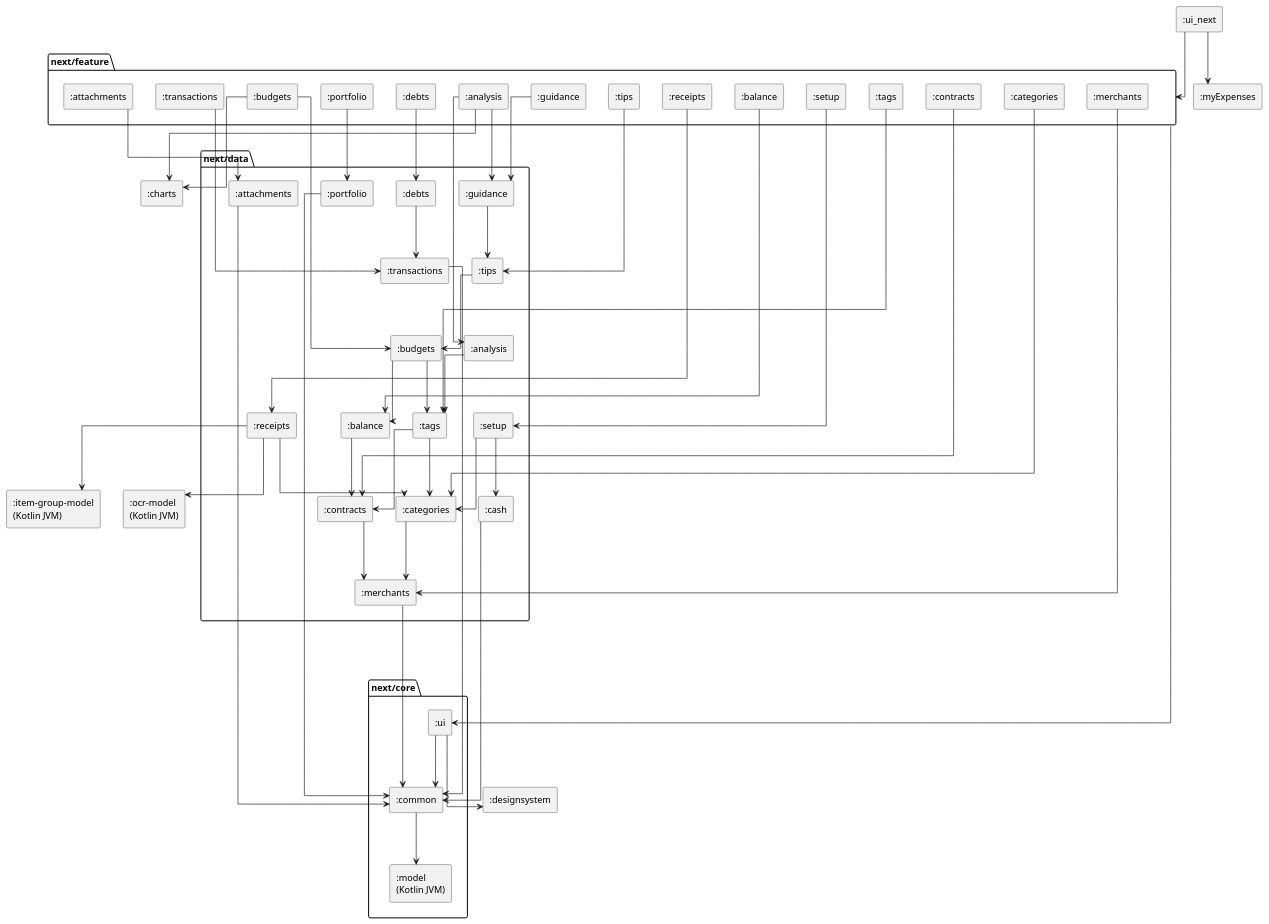
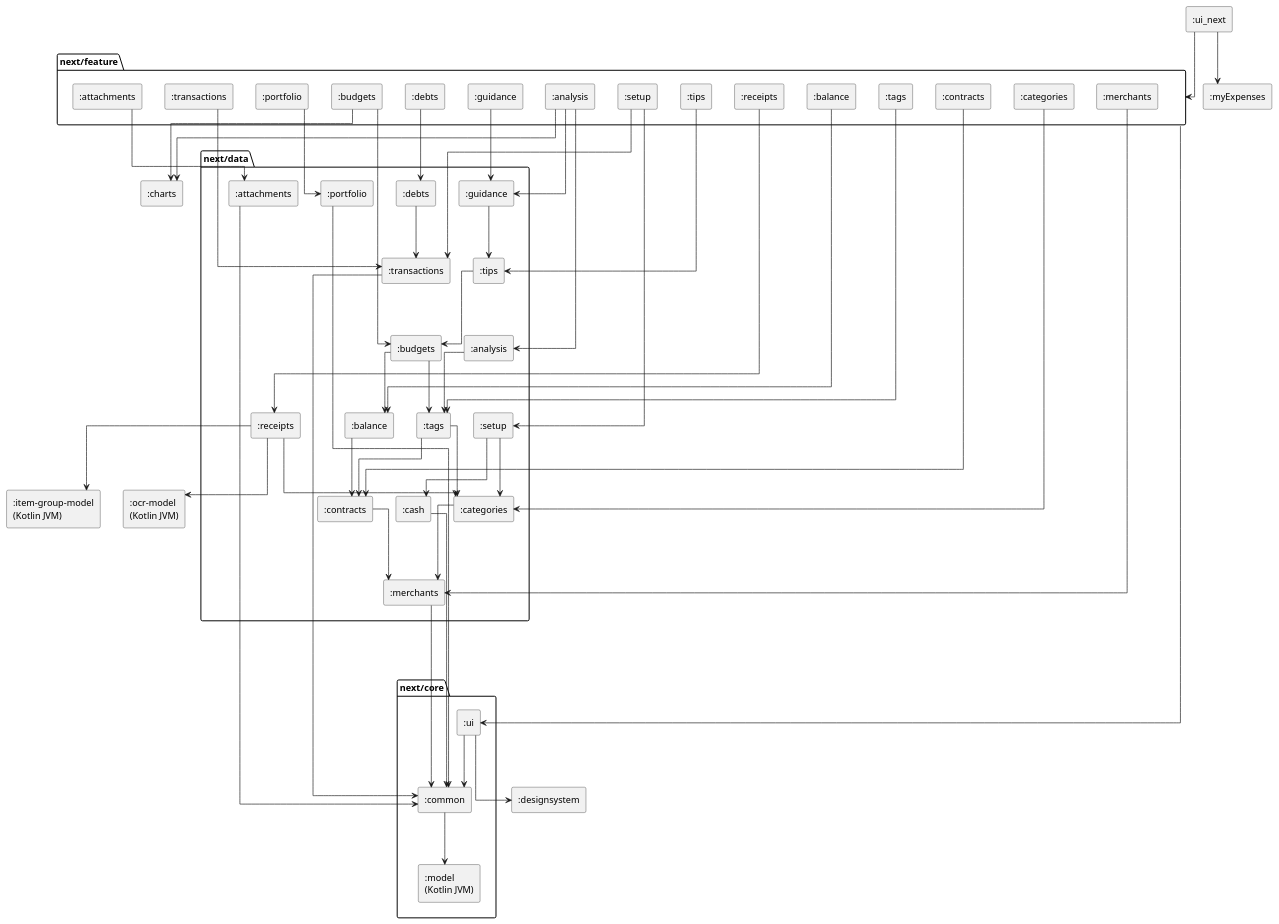
The diagram in ui_next/modules.puml (castn/MyExpenses), drawn with PlantUML before and after one commit. The commit also changed 6 other files, not shown here.

```diff
--- a/ui_next/modules.puml
+++ b/ui_next/modules.puml
@@ -1,110 +1,111 @@
 @startuml modules
 ' Generated by the task moduleGraph of build-logic (ModuleGraphPlugin), do not edit.
 ' Dependencies between the modules of the new UI, rule `mod-diagram` of ARCHITECTURE.md.
 ' An edge that follows from a longer path is left out.
 ' An edge from or to a package stands for an edge from or to every module in it.
 skinparam componentStyle rectangle
 skinparam linetype ortho
 skinparam ranksep 80
 top to bottom direction
 
 [:charts] as mCharts
 [:designsystem] as mDesignsystem
 [:item-group-model\n(Kotlin JVM)] as mItemGroupModel
 [:myExpenses] as mMyExpenses
 [:ocr-model\n(Kotlin JVM)] as mOcrModel
 [:ui_next] as mUiNext
 
 package "next/core" as pNextCore {
     [:common] as mNextCoreCommon
     [:model\n(Kotlin JVM)] as mNextCoreModel
     [:ui] as mNextCoreUi
 }
 
 package "next/data" as pNextData {
     [:analysis] as mNextDataAnalysis
     [:attachments] as mNextDataAttachments
     [:balance] as mNextDataBalance
     [:budgets] as mNextDataBudgets
     [:cash] as mNextDataCash
     [:categories] as mNextDataCategories
     [:contracts] as mNextDataContracts
     [:debts] as mNextDataDebts
     [:guidance] as mNextDataGuidance
     [:merchants] as mNextDataMerchants
     [:portfolio] as mNextDataPortfolio
     [:receipts] as mNextDataReceipts
     [:setup] as mNextDataSetup
     [:tags] as mNextDataTags
     [:tips] as mNextDataTips
     [:transactions] as mNextDataTransactions
 }
 
 package "next/feature" as pNextFeature {
     [:analysis] as mNextFeatureAnalysis
     [:attachments] as mNextFeatureAttachments
     [:balance] as mNextFeatureBalance
     [:budgets] as mNextFeatureBudgets
     [:categories] as mNextFeatureCategories
     [:contracts] as mNextFeatureContracts
     [:debts] as mNextFeatureDebts
     [:guidance] as mNextFeatureGuidance
     [:merchants] as mNextFeatureMerchants
     [:portfolio] as mNextFeaturePortfolio
     [:receipts] as mNextFeatureReceipts
     [:setup] as mNextFeatureSetup
     [:tags] as mNextFeatureTags
     [:tips] as mNextFeatureTips
     [:transactions] as mNextFeatureTransactions
 }
 
 ' Layout only
 mNextDataMerchants -[hidden]--> pNextCore
 mNextFeatureTransactions -[hidden]--> pNextData
 
 mUiNext --> pNextFeature
 pNextFeature --> mNextCoreUi
 mNextCoreCommon --> mNextCoreModel
 mNextCoreUi --> mDesignsystem
 mNextCoreUi --> mNextCoreCommon
 mNextDataAnalysis --> mNextDataTags
 mNextDataAttachments --> mNextCoreCommon
 mNextDataBalance --> mNextDataContracts
 mNextDataBudgets --> mNextDataBalance
 mNextDataBudgets --> mNextDataTags
 mNextDataCash --> mNextCoreCommon
 mNextDataCategories --> mNextDataMerchants
 mNextDataContracts --> mNextDataMerchants
 mNextDataDebts --> mNextDataTransactions
 mNextDataGuidance --> mNextDataTips
 mNextDataMerchants --> mNextCoreCommon
 mNextDataPortfolio --> mNextCoreCommon
 mNextDataReceipts --> mItemGroupModel
 mNextDataReceipts --> mNextDataCategories
 mNextDataReceipts --> mOcrModel
 mNextDataSetup --> mNextDataCash
 mNextDataSetup --> mNextDataCategories
 mNextDataTags --> mNextDataCategories
 mNextDataTags --> mNextDataContracts
 mNextDataTips --> mNextDataBudgets
 mNextDataTransactions --> mNextCoreCommon
 mNextFeatureAnalysis --> mCharts
 mNextFeatureAnalysis --> mNextDataAnalysis
 mNextFeatureAnalysis --> mNextDataGuidance
 mNextFeatureAttachments --> mNextDataAttachments
 mNextFeatureBalance --> mNextDataBalance
 mNextFeatureBudgets --> mCharts
 mNextFeatureBudgets --> mNextDataBudgets
 mNextFeatureCategories --> mNextDataCategories
 mNextFeatureContracts --> mNextDataContracts
 mNextFeatureDebts --> mNextDataDebts
 mNextFeatureGuidance --> mNextDataGuidance
 mNextFeatureMerchants --> mNextDataMerchants
 mNextFeaturePortfolio --> mNextDataPortfolio
 mNextFeatureReceipts --> mNextDataReceipts
 mNextFeatureSetup --> mNextDataSetup
+mNextFeatureSetup --> mNextDataTransactions
 mNextFeatureTags --> mNextDataTags
 mNextFeatureTips --> mNextDataTips
 mNextFeatureTransactions --> mNextDataTransactions
 mUiNext --> mMyExpenses
 @enduml
```
